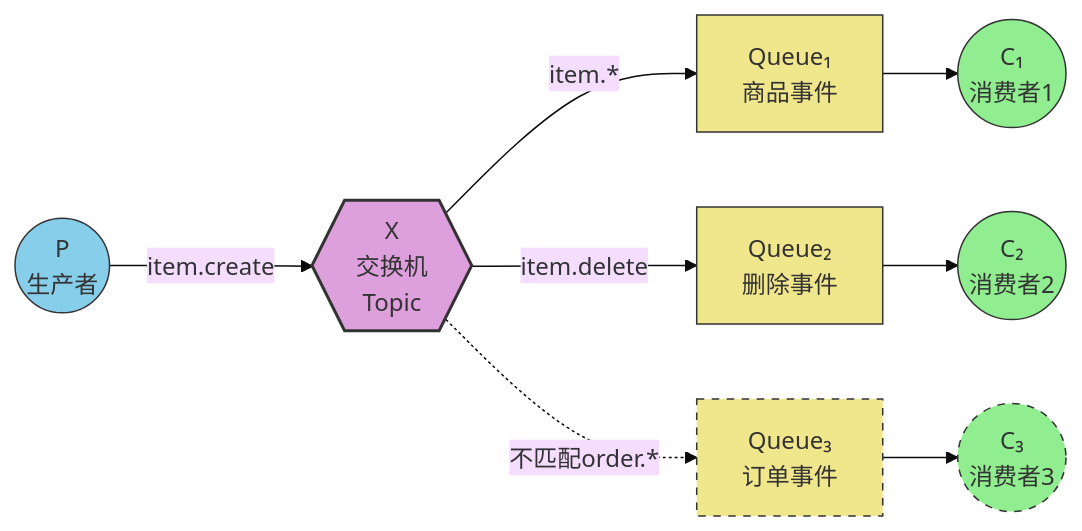
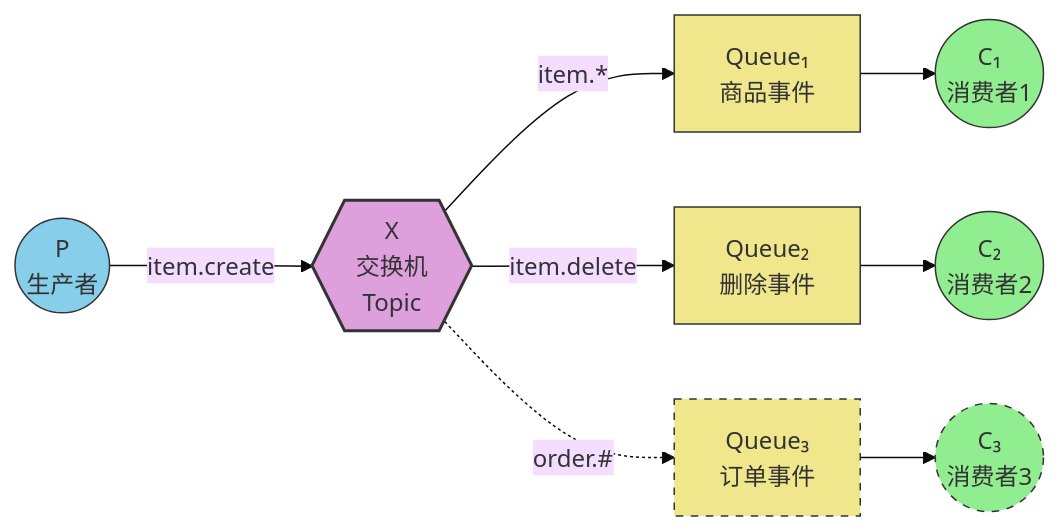
Before and after one commit to H0308/HelperSite: the fifth of 6 diagrams in helper_site/docs/rabbitmq/rabbitmq-workmode/rabbitmq-workmode.md, drawn with Mermaid (base theme). The commit also changed other lines of this file and 1 other file, not shown here.

````diff
--- a/helper_site/docs/rabbitmq/rabbitmq-workmode/rabbitmq-workmode.md
+++ b/helper_site/docs/rabbitmq/rabbitmq-workmode/rabbitmq-workmode.md
@@ -468,19 +468,19 @@
 ```mermaid
 flowchart LR
     P((P<br/>生产者)) -->|item.create| X{{X<br/>交换机<br/>Topic}}
     X -->|item.*| Q1[Queue₁<br/>商品事件]
     X -->|item.delete| Q2[Queue₂<br/>删除事件]
-    X -.->|不匹配order.*| Q3[Queue₃<br/>订单事件]
+    X -.->|order.#| Q3[Queue₃<br/>订单事件]
     Q1 --> C1((C₁<br/>消费者1))
     Q2 --> C2((C₂<br/>消费者2))
     Q3 --> C3((C₃<br/>消费者3))
     
     style P fill:#87CEEB,stroke:#333
     style X fill:#DDA0DD,stroke:#333,stroke-width:2px
     style Q1 fill:#F0E68C,stroke:#333
     style Q2 fill:#F0E68C,stroke:#333
     style Q3 fill:#F0E68C,stroke:#333,stroke-dasharray: 5 5
     style C1 fill:#90EE90,stroke:#333
     style C2 fill:#90EE90,stroke:#333
     style C3 fill:#90EE90,stroke:#333,stroke-dasharray: 5 5
 ```
````
